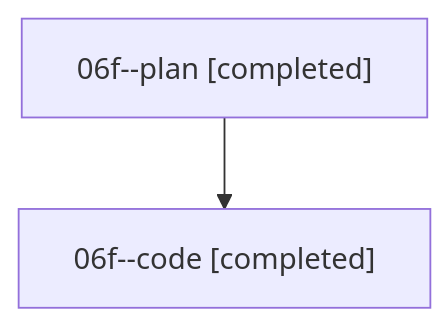
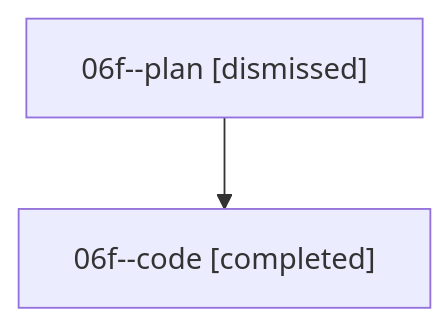
Before and after one commit to sase-org/sase--agents: the diagram in families/bbugyi200.athena.06f.md, drawn with Mermaid. The commit also changed other lines of this file and 530 other files, not shown here.

````diff
--- a/families/bbugyi200.athena.06f.md
+++ b/families/bbugyi200.athena.06f.md
@@ -9,6 +9,6 @@
 ```mermaid
 flowchart TD
-  n0["06f--plan [completed]"]
+  n0["06f--plan [dismissed]"]
   n1["06f--code [completed]"]
   n0 --> n1
 ```
````
